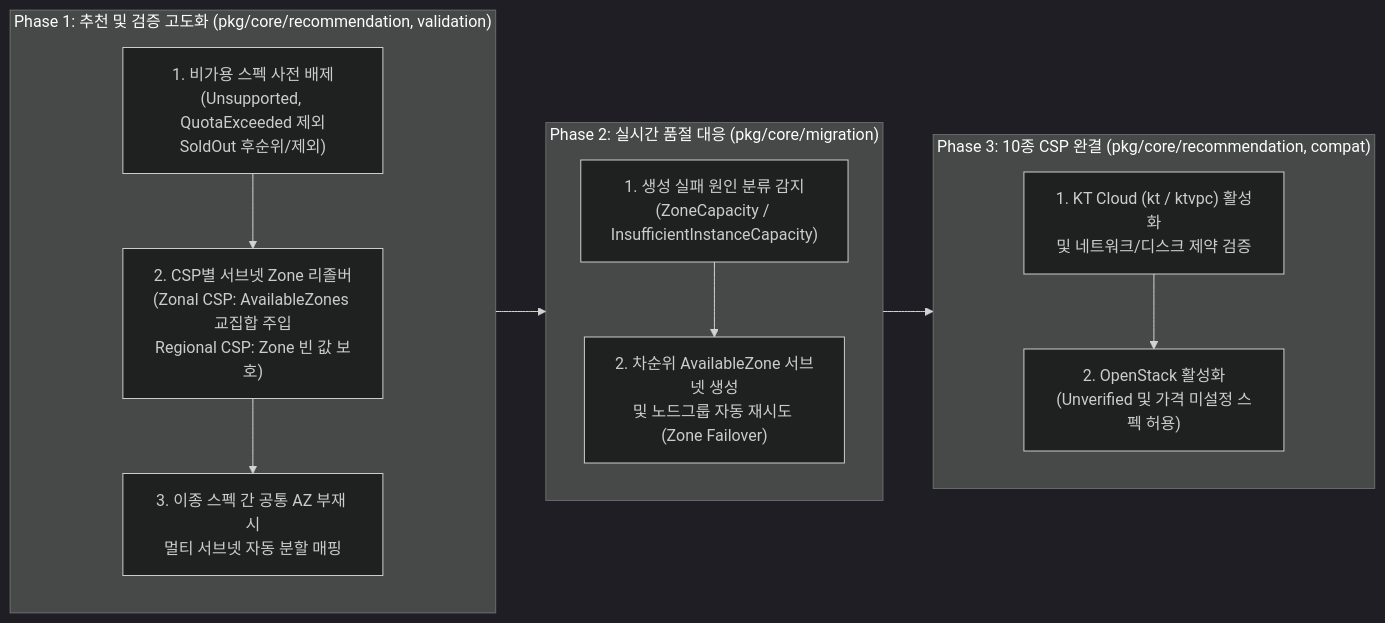
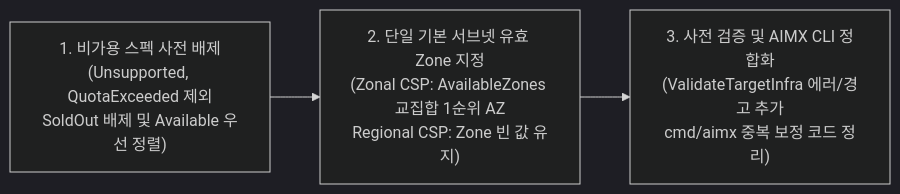
The diagram in docs/plan/zone-and-availability-aware-recommendation-plan.md (cloud-barista/cm-beetle), drawn with Mermaid (dark theme) before and after one commit. The commit also changed other lines of this file and 12 other files, not shown here.

First line of the commit message:
feat(recommendation): add zone availability check

````diff
--- a/docs/plan/zone-and-availability-aware-recommendation-plan.md
+++ b/docs/plan/zone-and-availability-aware-recommendation-plan.md
@@ -78,26 +62,8 @@
 ```mermaid
 flowchart LR
-    subgraph P1["Phase 1: 추천 및 검증 고도화 (pkg/core/recommendation, validation)"]
-        direction TB
-        P1_Filter["1. 비가용 스펙 사전 배제\n(Unsupported, QuotaExceeded 제외\nSoldOut 후순위/제외)"]
-        P1_Zone["2. CSP별 서브넷 Zone 리졸버\n(Zonal CSP: AvailableZones 교집합 주입\nRegional CSP: Zone 빈 값 보호)"]
-        P1_Split["3. 이종 스펙 간 공통 AZ 부재 시\n멀티 서브넷 자동 분할 매핑"]
-        P1_Filter --> P1_Zone --> P1_Split
-    end
+    Filter["1. 비가용 스펙 사전 배제\n(Unsupported, QuotaExceeded 제외\nSoldOut 배제 및 Available 우선 정렬)"]
+    Zone["2. 단일 기본 서브넷 유효 Zone 지정\n(Zonal CSP: AvailableZones 교집합 1순위 AZ\nRegional CSP: Zone 빈 값 유지)"]
+    Validate["3. 사전 검증 및 AIMX CLI 정합화\n(ValidateTargetInfra 에러/경고 추가\ncmd/aimx 중복 보정 코드 정리)"]
 
-    subgraph P2["Phase 2: 실시간 품절 대응 (pkg/core/migration)"]
-        direction TB
-        P2_Detect["1. 생성 실패 원인 분류 감지\n(ZoneCapacity / InsufficientInstanceCapacity)"]
-        P2_Retry["2. 차순위 AvailableZone 서브넷 생성\n및 노드그룹 자동 재시도 (Zone Failover)"]
-        P2_Detect --> P2_Retry
-    end
-
-    subgraph P3["Phase 3: 10종 CSP 완결 (pkg/core/recommendation, compat)"]
-        direction TB
-        P3_KT["1. KT Cloud (kt / ktvpc) 활성화\n및 네트워크/디스크 제약 검증"]
-        P3_OS["2. OpenStack 활성화\n(Unverified 및 가격 미설정 스펙 허용)"]
-        P3_KT --> P3_OS
-    end
-
-    P1 --> P2 --> P3
+    Filter --> Zone --> Validate
 ```
````
